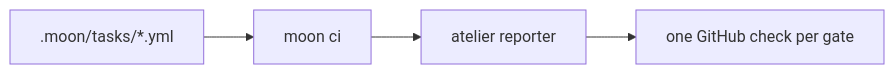
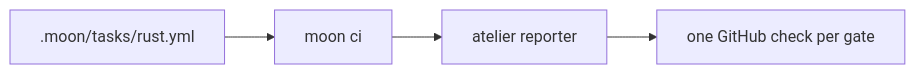
The diagram in README.md (wrkhse/atelier), drawn with Mermaid before and after one commit. The commit also changed other lines of this file and 5 other files, not shown here.

````diff
--- a/README.md
+++ b/README.md
@@ -13,6 +13,6 @@
 ```mermaid
 flowchart LR
-    Presets[".moon/tasks/*.yml"] --> Moon["moon ci"]
+    Presets[".moon/tasks/rust.yml"] --> Moon["moon ci"]
     Moon --> Reporter["atelier reporter"]
     Reporter --> Checks["one GitHub check per gate"]
 ```
````
